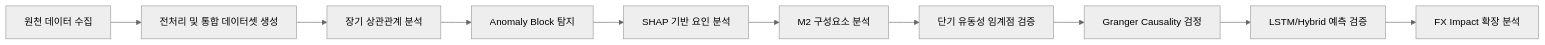
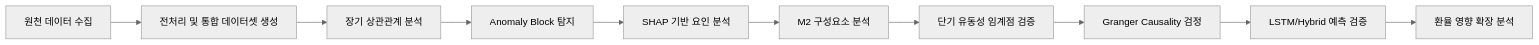
The diagram in reports/capstone_report_draft.md (fullsack73/exchange_research), drawn with Mermaid (neutral theme) before and after one commit. The commit also changed other lines of this file, not shown here.

````diff
--- a/reports/capstone_report_draft.md
+++ b/reports/capstone_report_draft.md
@@ -186,12 +191,12 @@
 ```mermaid
 flowchart LR
     A[원천 데이터 수집] --> B[전처리 및 통합 데이터셋 생성]
     B --> C[장기 상관관계 분석]
     C --> D[Anomaly Block 탐지]
     D --> E[SHAP 기반 요인 분석]
     E --> F[M2 구성요소 분석]
     F --> G[단기 유동성 임계점 검증]
     G --> H[Granger Causality 검정]
     H --> I[LSTM/Hybrid 예측 검증]
-    I --> J[FX Impact 확장 분석]
+    I --> J[환율 영향 확장 분석]
 ```
````
